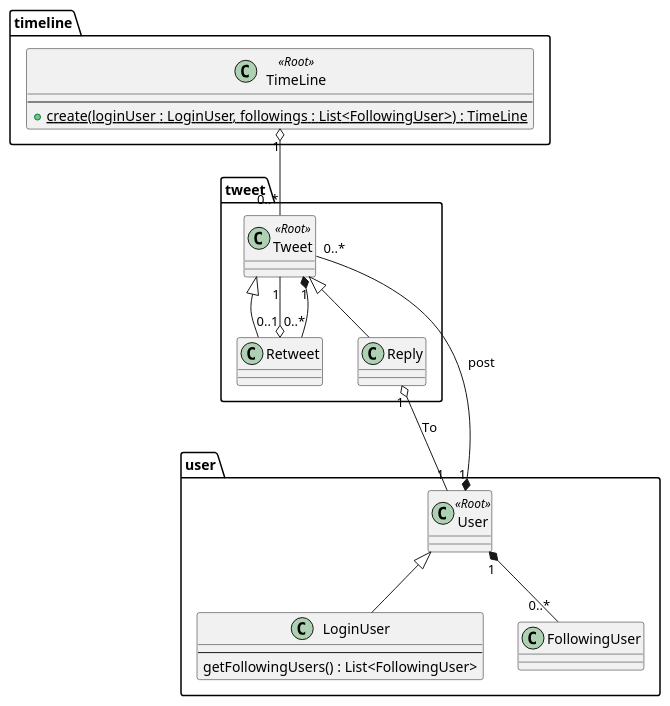
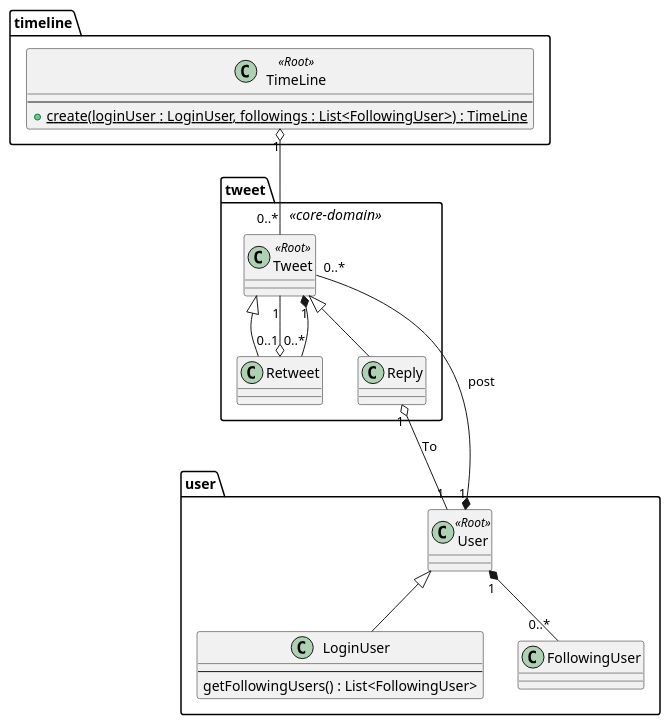
One commit to m-doi/dddprac-twitter changed the diagram in domain_model.puml. Above: the diagram before and after it, drawn with PlantUML.

Commit message:
モデル上にコアドメインを記した

```diff
--- a/domain_model.puml
+++ b/domain_model.puml
@@ -1,41 +1,41 @@
 @startuml
 
-package tweet {
+package tweet <<core-domain>> {
     class Tweet  <<Root>>
     class Retweet
     class Reply
 }
 
 Tweet <|-- Retweet
 Tweet <|-- Reply
 Retweet "0..1" o-- "1" Tweet
 Tweet "1" *-- "0..*" Retweet
 
 package user {
     class User <<Root>>
     class LoginUser {
         --
         getFollowingUsers() : List<FollowingUser>
     }
 
     User <|-- LoginUser
 
     class FollowingUser
     User "1" *-- "0..*" FollowingUser
 }
 
 User "1" *-- "0..*" Tweet : post
 Reply "1" o-- "1" User : To
 
 package timeline {
     class TimeLine <<Root>> {
         --
         + {static} create(loginUser : LoginUser, followings : List<FollowingUser>) : TimeLine
     }
 }
 
 TimeLine "1" o-- "0..*" Tweet
 
 
 
 @enduml
```
